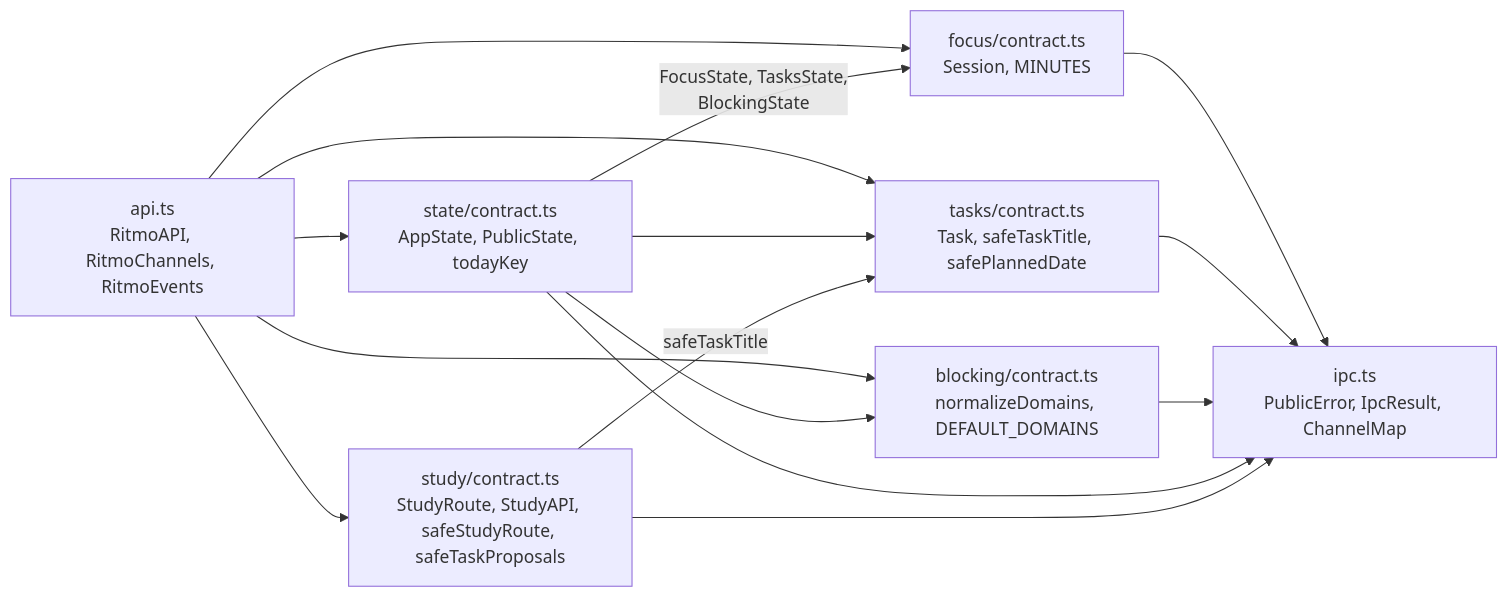
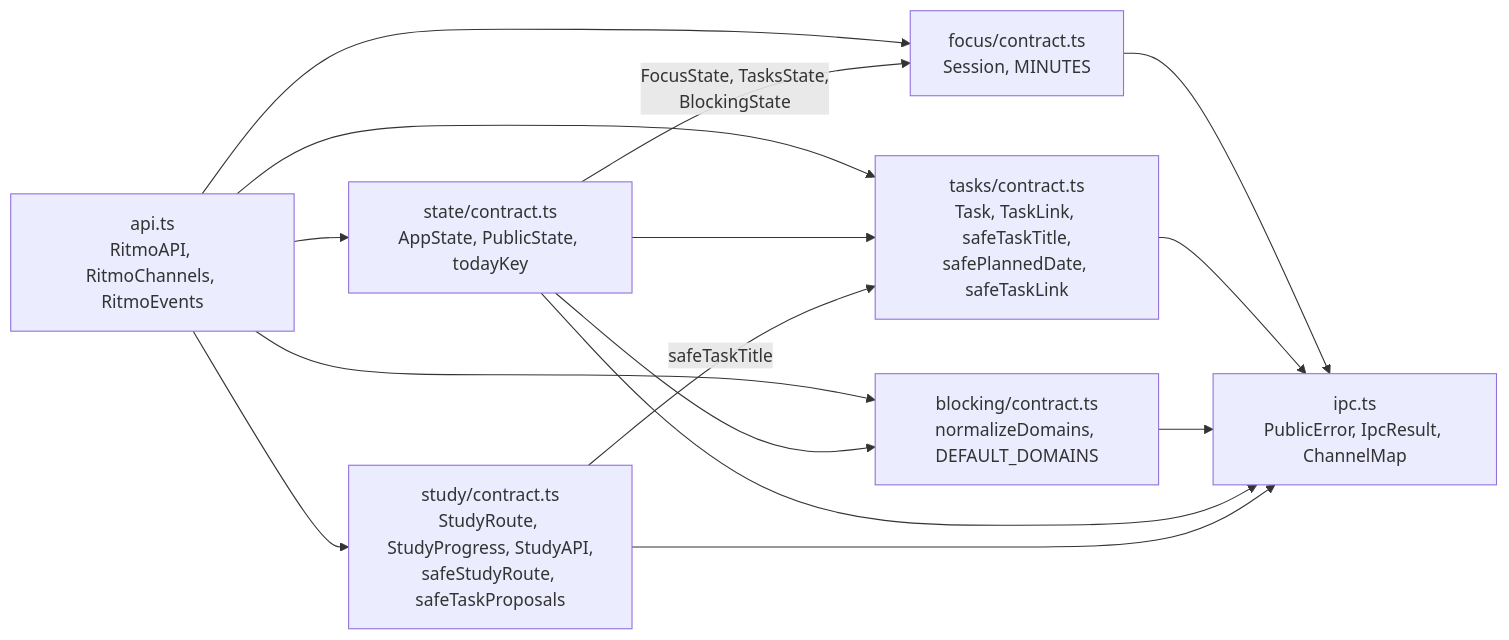
Before and after one commit to DevJuan95/ritmo: the second of 13 diagrams in docs/arquitectura.md, drawn with Mermaid. The commit also changed other lines of this file and 30 other files, not shown here.

````diff
--- a/docs/arquitectura.md
+++ b/docs/arquitectura.md
@@ -47,25 +47,25 @@
 ```mermaid
 flowchart LR
   api["api.ts<br/>RitmoAPI, RitmoChannels, RitmoEvents"]
   state["state/contract.ts<br/>AppState, PublicState, todayKey"]
   focus["focus/contract.ts<br/>Session, MINUTES"]
-  tasks["tasks/contract.ts<br/>Task, safeTaskTitle, safePlannedDate"]
+  tasks["tasks/contract.ts<br/>Task, TaskLink, safeTaskTitle,<br/>safePlannedDate, safeTaskLink"]
   blocking["blocking/contract.ts<br/>normalizeDomains, DEFAULT_DOMAINS"]
-  study["study/contract.ts<br/>StudyRoute, StudyAPI, safeStudyRoute, safeTaskProposals"]
+  study["study/contract.ts<br/>StudyRoute, StudyProgress, StudyAPI,<br/>safeStudyRoute, safeTaskProposals"]
   ipc["ipc.ts<br/>PublicError, IpcResult, ChannelMap"]
 
   api --> state
   api --> focus
   api --> tasks
   api --> blocking
   api --> study
   state -- "FocusState, TasksState,<br/>BlockingState" --> focus
   state --> tasks
   state --> blocking
   focus --> ipc
   tasks --> ipc
   blocking --> ipc
   state --> ipc
   study -- "safeTaskTitle" --> tasks
   study --> ipc
 ```
````
